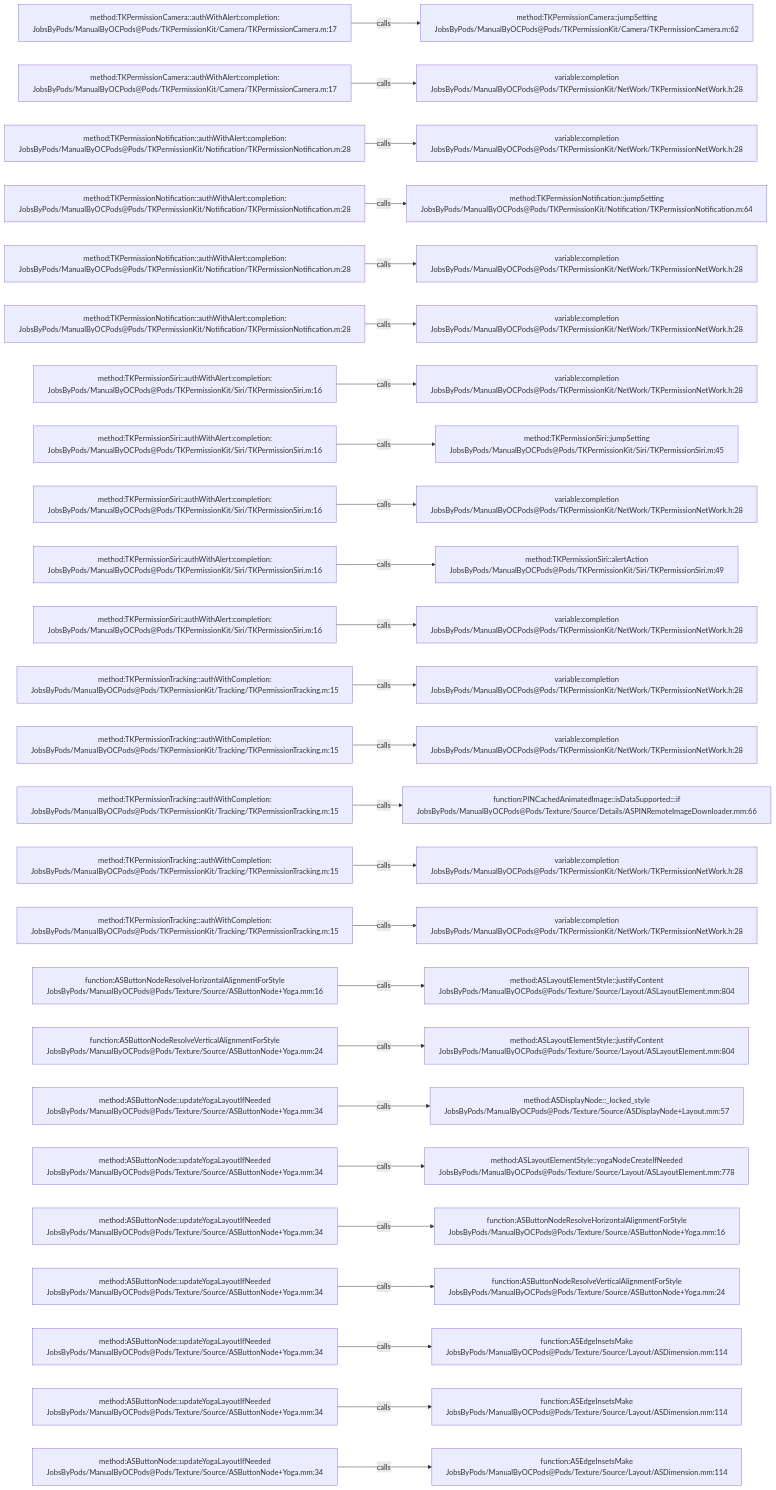
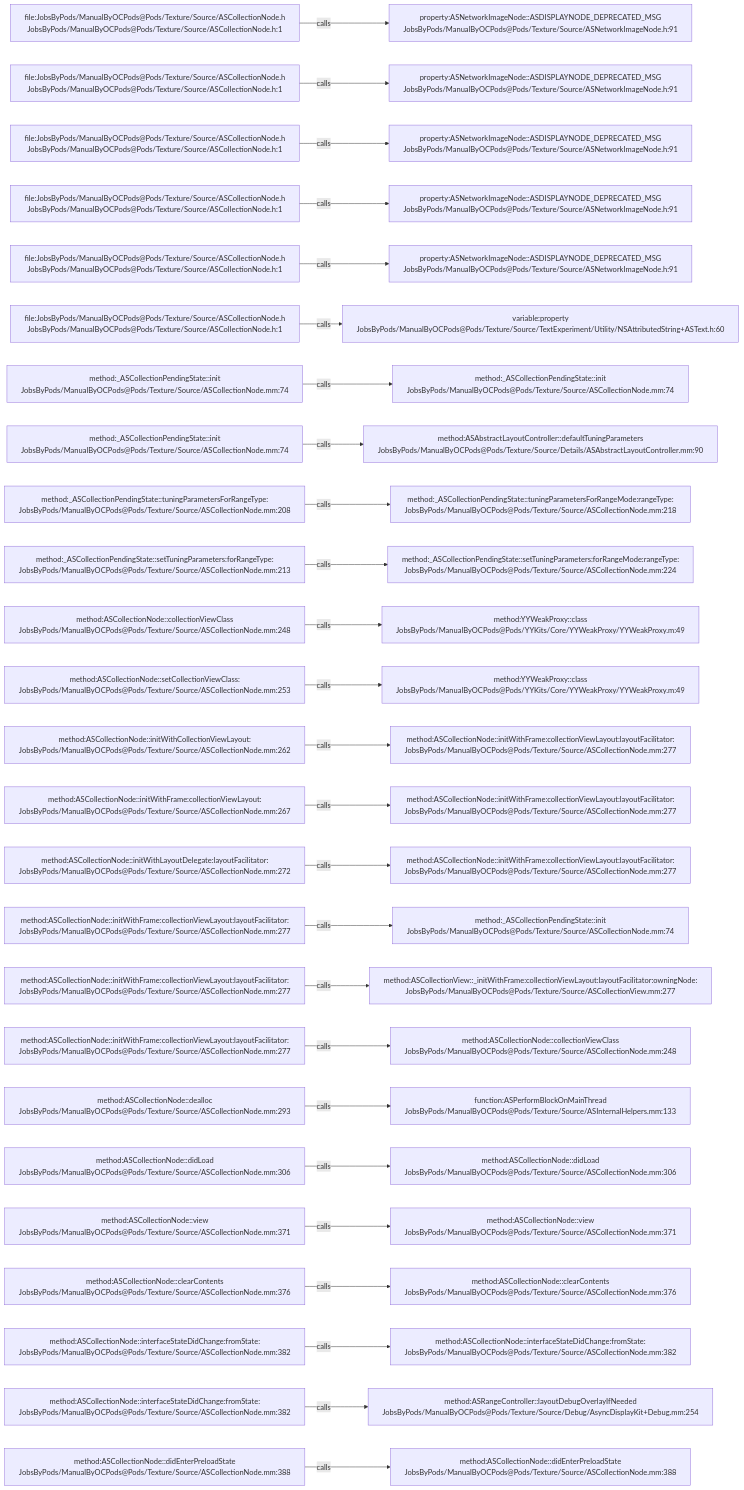
Before and after one commit to JobsKits/JobsOCBaseConfigDemo: the diagram in .codegraph/codegraph.md/graphs/calls-068.md, drawn with Mermaid. The commit also changed 1448 other files, not shown here.

````diff
--- a/.codegraph/codegraph.md/graphs/calls-068.md
+++ b/.codegraph/codegraph.md/graphs/calls-068.md
@@ -13,78 +13,78 @@
 ```mermaid
 flowchart LR
-  S1["method:TKPermissionCamera::authWithAlert:completion:<br/>JobsByPods/ManualByOCPods@Pods/TKPermissionKit/Camera/TKPermissionCamera.m:17"]
-  T1["method:TKPermissionCamera::jumpSetting<br/>JobsByPods/ManualByOCPods@Pods/TKPermissionKit/Camera/TKPermissionCamera.m:62"]
+  S1["file:JobsByPods/ManualByOCPods@Pods/Texture/Source/ASCollectionNode.h<br/>JobsByPods/ManualByOCPods@Pods/Texture/Source/ASCollectionNode.h:1"]
+  T1["property:ASNetworkImageNode::ASDISPLAYNODE_DEPRECATED_MSG<br/>JobsByPods/ManualByOCPods@Pods/Texture/Source/ASNetworkImageNode.h:91"]
   S1 -->|calls| T1
-  S2["method:TKPermissionCamera::authWithAlert:completion:<br/>JobsByPods/ManualByOCPods@Pods/TKPermissionKit/Camera/TKPermissionCamera.m:17"]
-  T2["variable:completion<br/>JobsByPods/ManualByOCPods@Pods/TKPermissionKit/NetWork/TKPermissionNetWork.h:28"]
+  S2["file:JobsByPods/ManualByOCPods@Pods/Texture/Source/ASCollectionNode.h<br/>JobsByPods/ManualByOCPods@Pods/Texture/Source/ASCollectionNode.h:1"]
+  T2["property:ASNetworkImageNode::ASDISPLAYNODE_DEPRECATED_MSG<br/>JobsByPods/ManualByOCPods@Pods/Texture/Source/ASNetworkImageNode.h:91"]
   S2 -->|calls| T2
-  S3["method:TKPermissionNotification::authWithAlert:completion:<br/>JobsByPods/ManualByOCPods@Pods/TKPermissionKit/Notification/TKPermissionNotification.m:28"]
-  T3["variable:completion<br/>JobsByPods/ManualByOCPods@Pods/TKPermissionKit/NetWork/TKPermissionNetWork.h:28"]
+  S3["file:JobsByPods/ManualByOCPods@Pods/Texture/Source/ASCollectionNode.h<br/>JobsByPods/ManualByOCPods@Pods/Texture/Source/ASCollectionNode.h:1"]
+  T3["property:ASNetworkImageNode::ASDISPLAYNODE_DEPRECATED_MSG<br/>JobsByPods/ManualByOCPods@Pods/Texture/Source/ASNetworkImageNode.h:91"]
   S3 -->|calls| T3
-  S4["method:TKPermissionNotification::authWithAlert:completion:<br/>JobsByPods/ManualByOCPods@Pods/TKPermissionKit/Notification/TKPermissionNotification.m:28"]
-  T4["method:TKPermissionNotification::jumpSetting<br/>JobsByPods/ManualByOCPods@Pods/TKPermissionKit/Notification/TKPermissionNotification.m:64"]
+  S4["file:JobsByPods/ManualByOCPods@Pods/Texture/Source/ASCollectionNode.h<br/>JobsByPods/ManualByOCPods@Pods/Texture/Source/ASCollectionNode.h:1"]
+  T4["property:ASNetworkImageNode::ASDISPLAYNODE_DEPRECATED_MSG<br/>JobsByPods/ManualByOCPods@Pods/Texture/Source/ASNetworkImageNode.h:91"]
   S4 -->|calls| T4
-  S5["method:TKPermissionNotification::authWithAlert:completion:<br/>JobsByPods/ManualByOCPods@Pods/TKPermissionKit/Notification/TKPermissionNotification.m:28"]
-  T5["variable:completion<br/>JobsByPods/ManualByOCPods@Pods/TKPermissionKit/NetWork/TKPermissionNetWork.h:28"]
+  S5["file:JobsByPods/ManualByOCPods@Pods/Texture/Source/ASCollectionNode.h<br/>JobsByPods/ManualByOCPods@Pods/Texture/Source/ASCollectionNode.h:1"]
+  T5["property:ASNetworkImageNode::ASDISPLAYNODE_DEPRECATED_MSG<br/>JobsByPods/ManualByOCPods@Pods/Texture/Source/ASNetworkImageNode.h:91"]
   S5 -->|calls| T5
-  S6["method:TKPermissionNotification::authWithAlert:completion:<br/>JobsByPods/ManualByOCPods@Pods/TKPermissionKit/Notification/TKPermissionNotification.m:28"]
-  T6["variable:completion<br/>JobsByPods/ManualByOCPods@Pods/TKPermissionKit/NetWork/TKPermissionNetWork.h:28"]
+  S6["file:JobsByPods/ManualByOCPods@Pods/Texture/Source/ASCollectionNode.h<br/>JobsByPods/ManualByOCPods@Pods/Texture/Source/ASCollectionNode.h:1"]
+  T6["variable:property<br/>JobsByPods/ManualByOCPods@Pods/Texture/Source/TextExperiment/Utility/NSAttributedString+ASText.h:60"]
   S6 -->|calls| T6
-  S7["method:TKPermissionSiri::authWithAlert:completion:<br/>JobsByPods/ManualByOCPods@Pods/TKPermissionKit/Siri/TKPermissionSiri.m:16"]
-  T7["variable:completion<br/>JobsByPods/ManualByOCPods@Pods/TKPermissionKit/NetWork/TKPermissionNetWork.h:28"]
+  S7["method:_ASCollectionPendingState::init<br/>JobsByPods/ManualByOCPods@Pods/Texture/Source/ASCollectionNode.mm:74"]
+  T7["method:_ASCollectionPendingState::init<br/>JobsByPods/ManualByOCPods@Pods/Texture/Source/ASCollectionNode.mm:74"]
   S7 -->|calls| T7
-  S8["method:TKPermissionSiri::authWithAlert:completion:<br/>JobsByPods/ManualByOCPods@Pods/TKPermissionKit/Siri/TKPermissionSiri.m:16"]
-  T8["method:TKPermissionSiri::jumpSetting<br/>JobsByPods/ManualByOCPods@Pods/TKPermissionKit/Siri/TKPermissionSiri.m:45"]
+  S8["method:_ASCollectionPendingState::init<br/>JobsByPods/ManualByOCPods@Pods/Texture/Source/ASCollectionNode.mm:74"]
+  T8["method:ASAbstractLayoutController::defaultTuningParameters<br/>JobsByPods/ManualByOCPods@Pods/Texture/Source/Details/ASAbstractLayoutController.mm:90"]
   S8 -->|calls| T8
-  S9["method:TKPermissionSiri::authWithAlert:completion:<br/>JobsByPods/ManualByOCPods@Pods/TKPermissionKit/Siri/TKPermissionSiri.m:16"]
-  T9["variable:completion<br/>JobsByPods/ManualByOCPods@Pods/TKPermissionKit/NetWork/TKPermissionNetWork.h:28"]
+  S9["method:_ASCollectionPendingState::tuningParametersForRangeType:<br/>JobsByPods/ManualByOCPods@Pods/Texture/Source/ASCollectionNode.mm:208"]
+  T9["method:_ASCollectionPendingState::tuningParametersForRangeMode:rangeType:<br/>JobsByPods/ManualByOCPods@Pods/Texture/Source/ASCollectionNode.mm:218"]
   S9 -->|calls| T9
-  S10["method:TKPermissionSiri::authWithAlert:completion:<br/>JobsByPods/ManualByOCPods@Pods/TKPermissionKit/Siri/TKPermissionSiri.m:16"]
-  T10["method:TKPermissionSiri::alertAction<br/>JobsByPods/ManualByOCPods@Pods/TKPermissionKit/Siri/TKPermissionSiri.m:49"]
+  S10["method:_ASCollectionPendingState::setTuningParameters:forRangeType:<br/>JobsByPods/ManualByOCPods@Pods/Texture/Source/ASCollectionNode.mm:213"]
+  T10["method:_ASCollectionPendingState::setTuningParameters:forRangeMode:rangeType:<br/>JobsByPods/ManualByOCPods@Pods/Texture/Source/ASCollectionNode.mm:224"]
   S10 -->|calls| T10
-  S11["method:TKPermissionSiri::authWithAlert:completion:<br/>JobsByPods/ManualByOCPods@Pods/TKPermissionKit/Siri/TKPermissionSiri.m:16"]
-  T11["variable:completion<br/>JobsByPods/ManualByOCPods@Pods/TKPermissionKit/NetWork/TKPermissionNetWork.h:28"]
+  S11["method:ASCollectionNode::collectionViewClass<br/>JobsByPods/ManualByOCPods@Pods/Texture/Source/ASCollectionNode.mm:248"]
+  T11["method:YYWeakProxy::class<br/>JobsByPods/ManualByOCPods@Pods/YYKits/Core/YYWeakProxy/YYWeakProxy.m:49"]
   S11 -->|calls| T11
-  S12["method:TKPermissionTracking::authWithCompletion:<br/>JobsByPods/ManualByOCPods@Pods/TKPermissionKit/Tracking/TKPermissionTracking.m:15"]
-  T12["variable:completion<br/>JobsByPods/ManualByOCPods@Pods/TKPermissionKit/NetWork/TKPermissionNetWork.h:28"]
+  S12["method:ASCollectionNode::setCollectionViewClass:<br/>JobsByPods/ManualByOCPods@Pods/Texture/Source/ASCollectionNode.mm:253"]
+  T12["method:YYWeakProxy::class<br/>JobsByPods/ManualByOCPods@Pods/YYKits/Core/YYWeakProxy/YYWeakProxy.m:49"]
   S12 -->|calls| T12
-  S13["method:TKPermissionTracking::authWithCompletion:<br/>JobsByPods/ManualByOCPods@Pods/TKPermissionKit/Tracking/TKPermissionTracking.m:15"]
-  T13["variable:completion<br/>JobsByPods/ManualByOCPods@Pods/TKPermissionKit/NetWork/TKPermissionNetWork.h:28"]
+  S13["method:ASCollectionNode::initWithCollectionViewLayout:<br/>JobsByPods/ManualByOCPods@Pods/Texture/Source/ASCollectionNode.mm:262"]
+  T13["method:ASCollectionNode::initWithFrame:collectionViewLayout:layoutFacilitator:<br/>JobsByPods/ManualByOCPods@Pods/Texture/Source/ASCollectionNode.mm:277"]
   S13 -->|calls| T13
-  S14["method:TKPermissionTracking::authWithCompletion:<br/>JobsByPods/ManualByOCPods@Pods/TKPermissionKit/Tracking/TKPermissionTracking.m:15"]
-  T14["function:PINCachedAnimatedImage::isDataSupported:::if<br/>JobsByPods/ManualByOCPods@Pods/Texture/Source/Details/ASPINRemoteImageDownloader.mm:66"]
+  S14["method:ASCollectionNode::initWithFrame:collectionViewLayout:<br/>JobsByPods/ManualByOCPods@Pods/Texture/Source/ASCollectionNode.mm:267"]
+  T14["method:ASCollectionNode::initWithFrame:collectionViewLayout:layoutFacilitator:<br/>JobsByPods/ManualByOCPods@Pods/Texture/Source/ASCollectionNode.mm:277"]
   S14 -->|calls| T14
-  S15["method:TKPermissionTracking::authWithCompletion:<br/>JobsByPods/ManualByOCPods@Pods/TKPermissionKit/Tracking/TKPermissionTracking.m:15"]
-  T15["variable:completion<br/>JobsByPods/ManualByOCPods@Pods/TKPermissionKit/NetWork/TKPermissionNetWork.h:28"]
+  S15["method:ASCollectionNode::initWithLayoutDelegate:layoutFacilitator:<br/>JobsByPods/ManualByOCPods@Pods/Texture/Source/ASCollectionNode.mm:272"]
+  T15["method:ASCollectionNode::initWithFrame:collectionViewLayout:layoutFacilitator:<br/>JobsByPods/ManualByOCPods@Pods/Texture/Source/ASCollectionNode.mm:277"]
   S15 -->|calls| T15
-  S16["method:TKPermissionTracking::authWithCompletion:<br/>JobsByPods/ManualByOCPods@Pods/TKPermissionKit/Tracking/TKPermissionTracking.m:15"]
-  T16["variable:completion<br/>JobsByPods/ManualByOCPods@Pods/TKPermissionKit/NetWork/TKPermissionNetWork.h:28"]
+  S16["method:ASCollectionNode::initWithFrame:collectionViewLayout:layoutFacilitator:<br/>JobsByPods/ManualByOCPods@Pods/Texture/Source/ASCollectionNode.mm:277"]
+  T16["method:_ASCollectionPendingState::init<br/>JobsByPods/ManualByOCPods@Pods/Texture/Source/ASCollectionNode.mm:74"]
   S16 -->|calls| T16
-  S17["function:ASButtonNodeResolveHorizontalAlignmentForStyle<br/>JobsByPods/ManualByOCPods@Pods/Texture/Source/ASButtonNode+Yoga.mm:16"]
-  T17["method:ASLayoutElementStyle::justifyContent<br/>JobsByPods/ManualByOCPods@Pods/Texture/Source/Layout/ASLayoutElement.mm:804"]
+  S17["method:ASCollectionNode::initWithFrame:collectionViewLayout:layoutFacilitator:<br/>JobsByPods/ManualByOCPods@Pods/Texture/Source/ASCollectionNode.mm:277"]
+  T17["method:ASCollectionView::_initWithFrame:collectionViewLayout:layoutFacilitator:owningNode:<br/>JobsByPods/ManualByOCPods@Pods/Texture/Source/ASCollectionView.mm:277"]
   S17 -->|calls| T17
-  S18["function:ASButtonNodeResolveVerticalAlignmentForStyle<br/>JobsByPods/ManualByOCPods@Pods/Texture/Source/ASButtonNode+Yoga.mm:24"]
-  T18["method:ASLayoutElementStyle::justifyContent<br/>JobsByPods/ManualByOCPods@Pods/Texture/Source/Layout/ASLayoutElement.mm:804"]
+  S18["method:ASCollectionNode::initWithFrame:collectionViewLayout:layoutFacilitator:<br/>JobsByPods/ManualByOCPods@Pods/Texture/Source/ASCollectionNode.mm:277"]
+  T18["method:ASCollectionNode::collectionViewClass<br/>JobsByPods/ManualByOCPods@Pods/Texture/Source/ASCollectionNode.mm:248"]
   S18 -->|calls| T18
-  S19["method:ASButtonNode::updateYogaLayoutIfNeeded<br/>JobsByPods/ManualByOCPods@Pods/Texture/Source/ASButtonNode+Yoga.mm:34"]
-  T19["method:ASDisplayNode::_locked_style<br/>JobsByPods/ManualByOCPods@Pods/Texture/Source/ASDisplayNode+Layout.mm:57"]
+  S19["method:ASCollectionNode::dealloc<br/>JobsByPods/ManualByOCPods@Pods/Texture/Source/ASCollectionNode.mm:293"]
+  T19["function:ASPerformBlockOnMainThread<br/>JobsByPods/ManualByOCPods@Pods/Texture/Source/ASInternalHelpers.mm:133"]
   S19 -->|calls| T19
-  S20["method:ASButtonNode::updateYogaLayoutIfNeeded<br/>JobsByPods/ManualByOCPods@Pods/Texture/Source/ASButtonNode+Yoga.mm:34"]
-  T20["method:ASLayoutElementStyle::yogaNodeCreateIfNeeded<br/>JobsByPods/ManualByOCPods@Pods/Texture/Source/Layout/ASLayoutElement.mm:778"]
+  S20["method:ASCollectionNode::didLoad<br/>JobsByPods/ManualByOCPods@Pods/Texture/Source/ASCollectionNode.mm:306"]
+  T20["method:ASCollectionNode::didLoad<br/>JobsByPods/ManualByOCPods@Pods/Texture/Source/ASCollectionNode.mm:306"]
   S20 -->|calls| T20
-  S21["method:ASButtonNode::updateYogaLayoutIfNeeded<br/>JobsByPods/ManualByOCPods@Pods/Texture/Source/ASButtonNode+Yoga.mm:34"]
-  T21["function:ASButtonNodeResolveHorizontalAlignmentForStyle<br/>JobsByPods/ManualByOCPods@Pods/Texture/Source/ASButtonNode+Yoga.mm:16"]
+  S21["method:ASCollectionNode::view<br/>JobsByPods/ManualByOCPods@Pods/Texture/Source/ASCollectionNode.mm:371"]
+  T21["method:ASCollectionNode::view<br/>JobsByPods/ManualByOCPods@Pods/Texture/Source/ASCollectionNode.mm:371"]
   S21 -->|calls| T21
-  S22["method:ASButtonNode::updateYogaLayoutIfNeeded<br/>JobsByPods/ManualByOCPods@Pods/Texture/Source/ASButtonNode+Yoga.mm:34"]
-  T22["function:ASButtonNodeResolveVerticalAlignmentForStyle<br/>JobsByPods/ManualByOCPods@Pods/Texture/Source/ASButtonNode+Yoga.mm:24"]
+  S22["method:ASCollectionNode::clearContents<br/>JobsByPods/ManualByOCPods@Pods/Texture/Source/ASCollectionNode.mm:376"]
+  T22["method:ASCollectionNode::clearContents<br/>JobsByPods/ManualByOCPods@Pods/Texture/Source/ASCollectionNode.mm:376"]
   S22 -->|calls| T22
-  S23["method:ASButtonNode::updateYogaLayoutIfNeeded<br/>JobsByPods/ManualByOCPods@Pods/Texture/Source/ASButtonNode+Yoga.mm:34"]
-  T23["function:ASEdgeInsetsMake<br/>JobsByPods/ManualByOCPods@Pods/Texture/Source/Layout/ASDimension.mm:114"]
+  S23["method:ASCollectionNode::interfaceStateDidChange:fromState:<br/>JobsByPods/ManualByOCPods@Pods/Texture/Source/ASCollectionNode.mm:382"]
+  T23["method:ASCollectionNode::interfaceStateDidChange:fromState:<br/>JobsByPods/ManualByOCPods@Pods/Texture/Source/ASCollectionNode.mm:382"]
   S23 -->|calls| T23
-  S24["method:ASButtonNode::updateYogaLayoutIfNeeded<br/>JobsByPods/ManualByOCPods@Pods/Texture/Source/ASButtonNode+Yoga.mm:34"]
-  T24["function:ASEdgeInsetsMake<br/>JobsByPods/ManualByOCPods@Pods/Texture/Source/Layout/ASDimension.mm:114"]
+  S24["method:ASCollectionNode::interfaceStateDidChange:fromState:<br/>JobsByPods/ManualByOCPods@Pods/Texture/Source/ASCollectionNode.mm:382"]
+  T24["method:ASRangeController::layoutDebugOverlayIfNeeded<br/>JobsByPods/ManualByOCPods@Pods/Texture/Source/Debug/AsyncDisplayKit+Debug.mm:254"]
   S24 -->|calls| T24
-  S25["method:ASButtonNode::updateYogaLayoutIfNeeded<br/>JobsByPods/ManualByOCPods@Pods/Texture/Source/ASButtonNode+Yoga.mm:34"]
-  T25["function:ASEdgeInsetsMake<br/>JobsByPods/ManualByOCPods@Pods/Texture/Source/Layout/ASDimension.mm:114"]
+  S25["method:ASCollectionNode::didEnterPreloadState<br/>JobsByPods/ManualByOCPods@Pods/Texture/Source/ASCollectionNode.mm:388"]
+  T25["method:ASCollectionNode::didEnterPreloadState<br/>JobsByPods/ManualByOCPods@Pods/Texture/Source/ASCollectionNode.mm:388"]
   S25 -->|calls| T25
 ```
````
